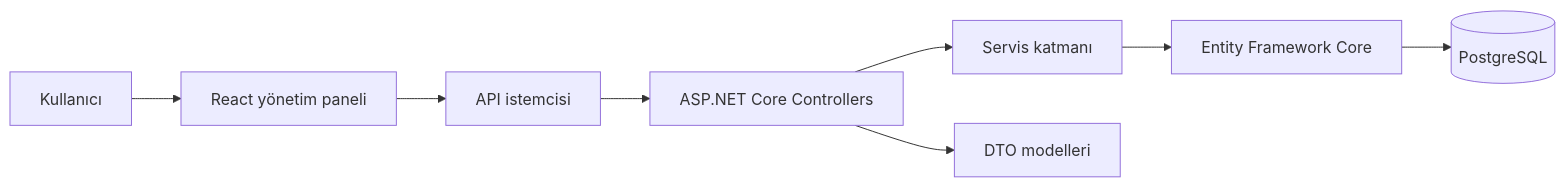
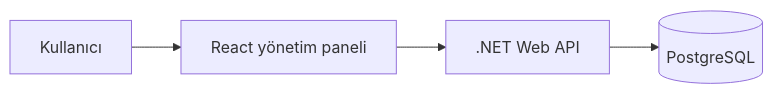
Before and after one commit to simgexe/BeautySalon-: the diagram in README.md, drawn with Mermaid. The commit also changed other lines of this file, not shown here.

````diff
--- a/README.md
+++ b/README.md
@@ -42,10 +21,6 @@
 ```mermaid
 flowchart LR
     U[Kullanıcı] --> F[React yönetim paneli]
-    F --> A[API istemcisi]
-    A --> C[ASP.NET Core Controllers]
-    C --> S[Servis katmanı]
-    C --> D[DTO modelleri]
-    S --> E[Entity Framework Core]
-    E --> P[(PostgreSQL)]
+    F --> A[.NET Web API]
+    A --> D[(PostgreSQL)]
 ```
````
